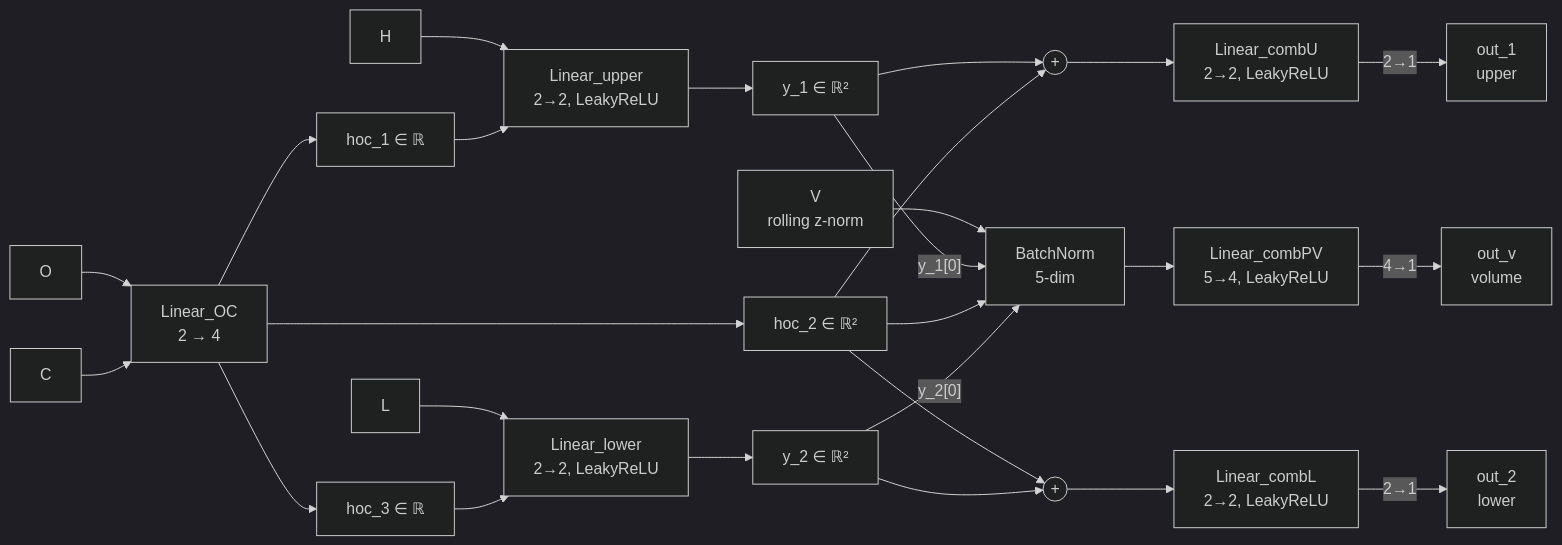
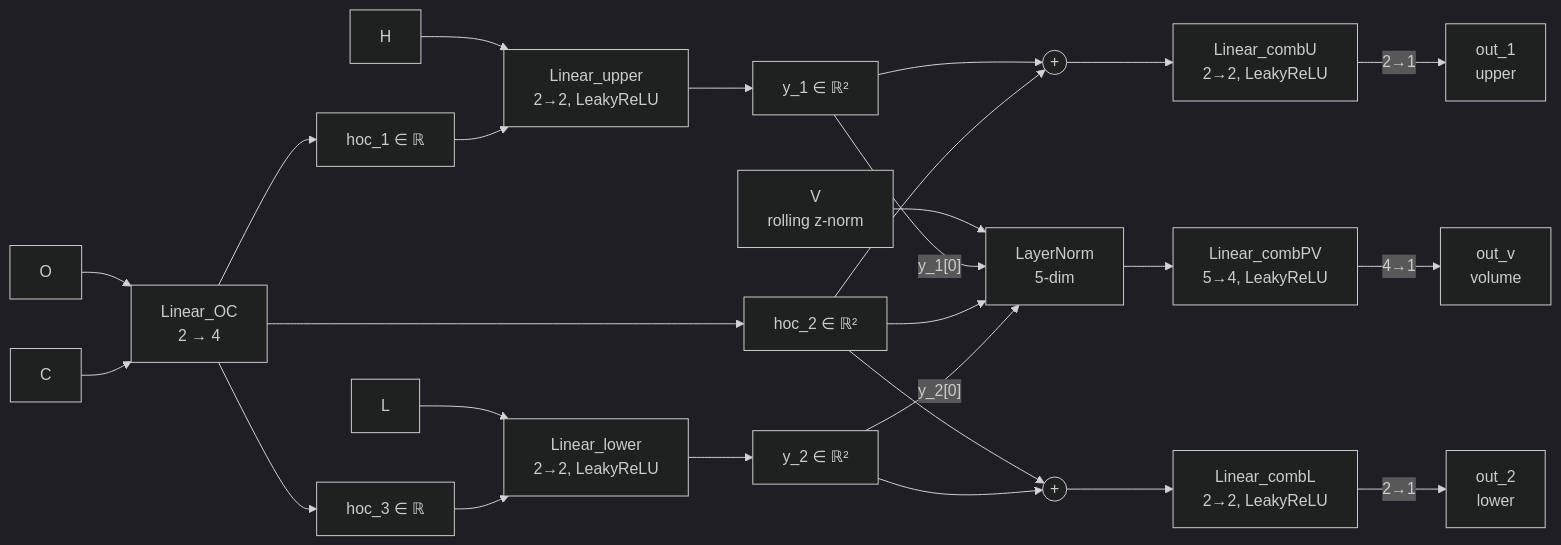
Before and after one commit to gatesplan/nnpipeline: the diagram in Architecture - Price Receptor.md, drawn with Mermaid (dark theme). The commit also changed other lines of this file and 1 other file, not shown here.

First line of the commit message:
OHLCVReceptor BatchNorm → LayerNorm 교체 (end-to-end 학습 시 eval 불안정 해결)

````diff
--- a/Architecture - Price Receptor.md
+++ b/Architecture - Price Receptor.md
@@ -28,32 +28,32 @@
 ```mermaid
 graph LR
     H[H] --> linU[Linear_upper<br/>2→2, LeakyReLU]
     O[O] --> linOC["Linear_OC<br/>2 → 4"]
     C[C] --> linOC
     L[L] --> linL[Linear_lower<br/>2→2, LeakyReLU]
     V[V<br/>rolling z-norm] --> bnPV
 
     linOC --> hoc1["hoc_1 ∈ ℝ"]
     linOC --> hoc2["hoc_2 ∈ ℝ²"]
     linOC --> hoc3["hoc_3 ∈ ℝ"]
     hoc1 --> linU
     hoc3 --> linL
     linU --> y1["y_1 ∈ ℝ²"]
     linL --> y2["y_2 ∈ ℝ²"]
 
     y1 --> addU(("+"))
     hoc2 --> addU
     hoc2 --> addL(("+"))
     y2 --> addL
     addU --> combU[Linear_combU<br/>2→2, LeakyReLU]
     addL --> combL[Linear_combL<br/>2→2, LeakyReLU]
 
-    y1 -- "y_1[0]" --> bnPV[BatchNorm<br/>5-dim]
+    y1 -- "y_1[0]" --> bnPV[LayerNorm<br/>5-dim]
     hoc2 --> bnPV
     y2 -- "y_2[0]" --> bnPV
     bnPV --> combPV[Linear_combPV<br/>5→4, LeakyReLU]
 
     combU -- "2→1" --> out1[out_1<br/>upper]
     combL -- "2→1" --> out2[out_2<br/>lower]
     combPV -- "4→1" --> outv[out_v<br/>volume]
 ```
````
